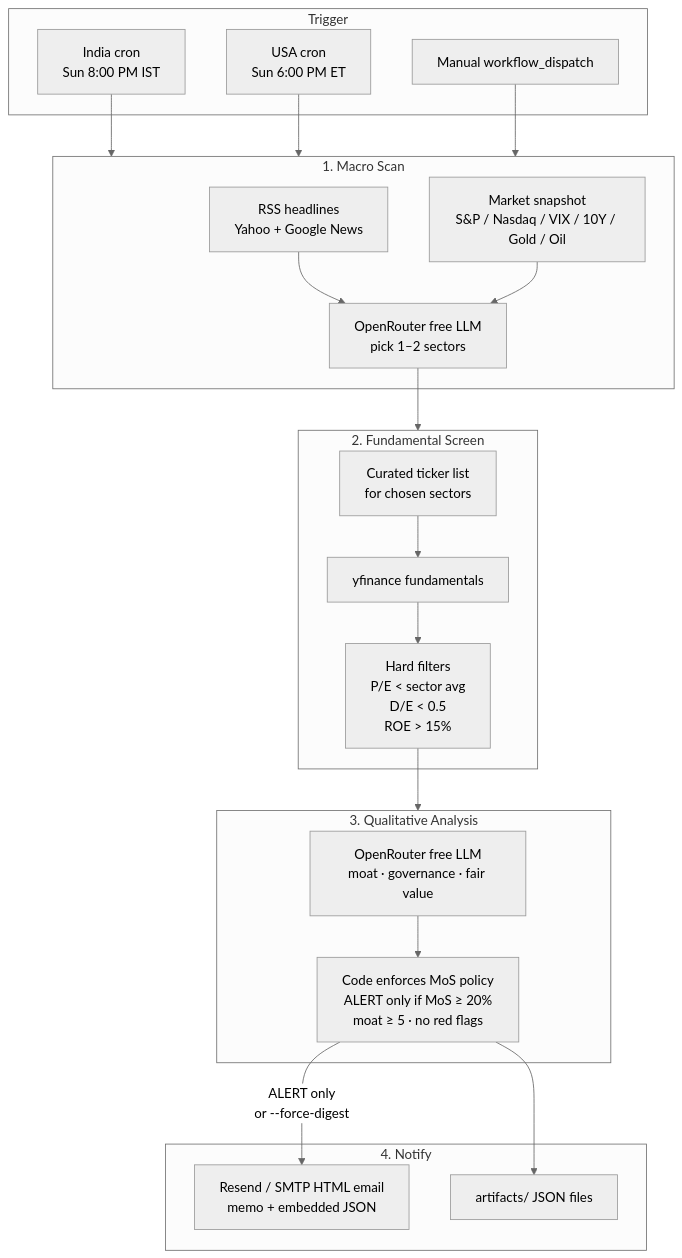
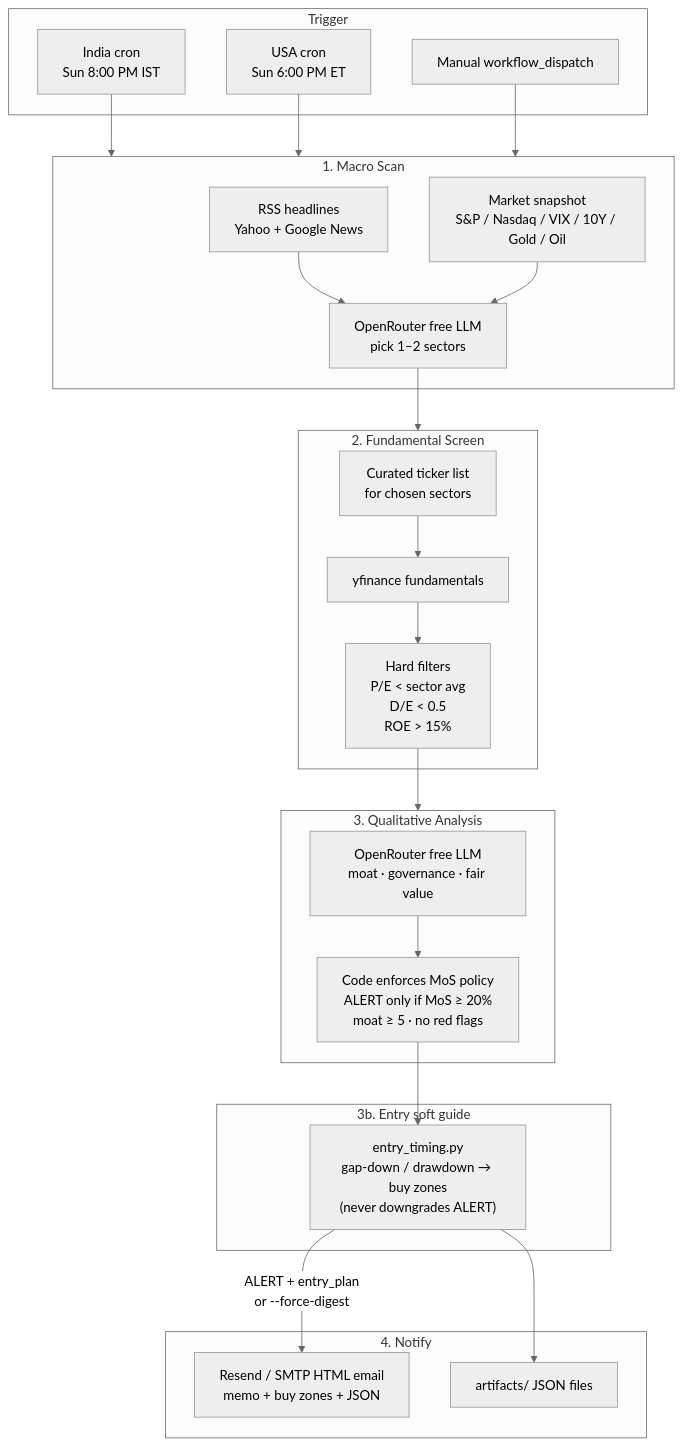
One commit to codershubham/InvestingTip changed the first of 2 diagrams in ARCHITECTURE.md. Above: the diagram before and after it, drawn with Mermaid (neutral theme). The commit also changed other lines of this file and 8 other files, not shown here.

Commit message:
Add soft-guide buy zones to ALERT emails without changing MoS recommendations.

````diff
--- a/ARCHITECTURE.md
+++ b/ARCHITECTURE.md
@@ -5,42 +5,47 @@
 ```mermaid
 flowchart TB
     subgraph trigger [Trigger]
         CRON_IN["India cron<br/>Sun 8:00 PM IST"]
         CRON_US["USA cron<br/>Sun 6:00 PM ET"]
         MANUAL["Manual workflow_dispatch"]
     end
 
     subgraph step1 [1. Macro Scan]
         RSS["RSS headlines<br/>Yahoo + Google News"]
         IDX["Market snapshot<br/>S&P / Nasdaq / VIX / 10Y / Gold / Oil"]
         LLM1["OpenRouter free LLM<br/>pick 1–2 sectors"]
         RSS --> LLM1
         IDX --> LLM1
     end
 
     subgraph step2 [2. Fundamental Screen]
         UNI["Curated ticker list<br/>for chosen sectors"]
         YF["yfinance fundamentals"]
         FILTER["Hard filters<br/>P/E &lt; sector avg<br/>D/E &lt; 0.5<br/>ROE &gt; 15%"]
         UNI --> YF --> FILTER
     end
 
     subgraph step3 [3. Qualitative Analysis]
         LLM2["OpenRouter free LLM<br/>moat · governance · fair value"]
         MOS["Code enforces MoS policy<br/>ALERT only if MoS ≥ 20%<br/>moat ≥ 5 · no red flags"]
         LLM2 --> MOS
     end
 
+    subgraph step3b [3b. Entry soft guide]
+        ENTRY["entry_timing.py<br/>gap-down / drawdown → buy zones<br/>(never downgrades ALERT)"]
+    end
+
     subgraph step4 [4. Notify]
-        MAIL["Resend / SMTP HTML email<br/>memo + embedded JSON"]
+        MAIL["Resend / SMTP HTML email<br/>memo + buy zones + JSON"]
         ART["artifacts/ JSON files"]
     end
 
     CRON_IN --> step1
     CRON_US --> step1
     MANUAL --> step1
     LLM1 --> step2
     FILTER --> step3
-    MOS -->|ALERT only<br/>or --force-digest| MAIL
-    MOS --> ART
+    MOS --> ENTRY
+    ENTRY -->|ALERT + entry_plan<br/>or --force-digest| MAIL
+    ENTRY --> ART
 ```
````
